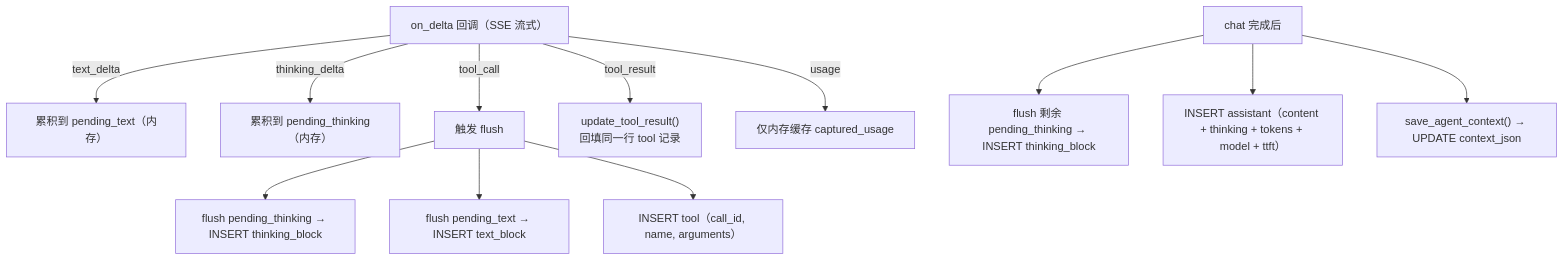
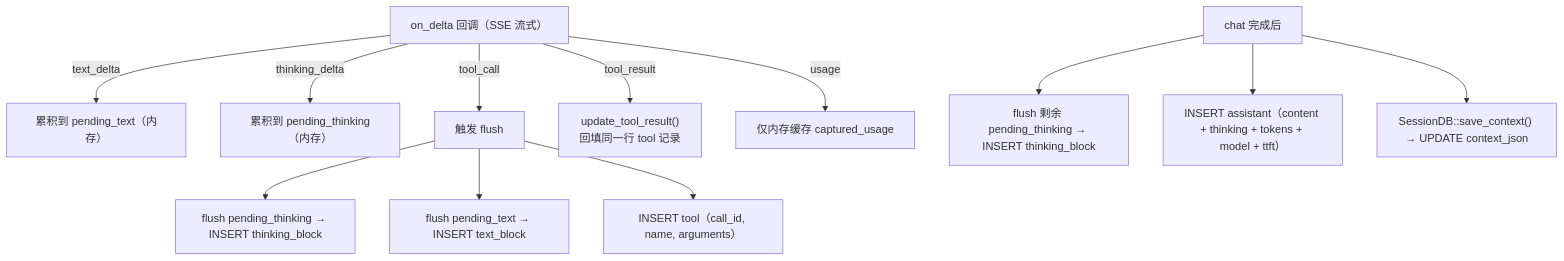
Before and after one commit to shiwenwen/hope-agent: diagram 13 of 16 in docs/architecture/provider-system.md, drawn with Mermaid. The commit also changed other lines of this file and 2 other files, not shown here.

````diff
--- a/docs/architecture/provider-system.md
+++ b/docs/architecture/provider-system.md
@@ -666,17 +665,17 @@
 ```mermaid
 flowchart TD
   SSE["on_delta 回调（SSE 流式）"]
   SSE -->|text_delta| PT["累积到 pending_text（内存）"]
   SSE -->|thinking_delta| PK["累积到 pending_thinking（内存）"]
   SSE -->|tool_call| FLUSH["触发 flush"]
   SSE -->|tool_result| UPD["update_tool_result()<br/>回填同一行 tool 记录"]
   SSE -->|usage| MEM["仅内存缓存 captured_usage"]
 
   FLUSH --> FK["flush pending_thinking → INSERT thinking_block"]
   FLUSH --> FT["flush pending_text → INSERT text_block"]
   FLUSH --> IT["INSERT tool（call_id, name, arguments）"]
 
   DONE["chat 完成后"] --> FKREM["flush 剩余 pending_thinking → INSERT thinking_block"]
   DONE --> ASST["INSERT assistant（content + thinking + tokens + model + ttft）"]
-  DONE --> CTX["save_agent_context() → UPDATE context_json"]
+  DONE --> CTX["SessionDB::save_context() → UPDATE context_json"]
 ```
````
